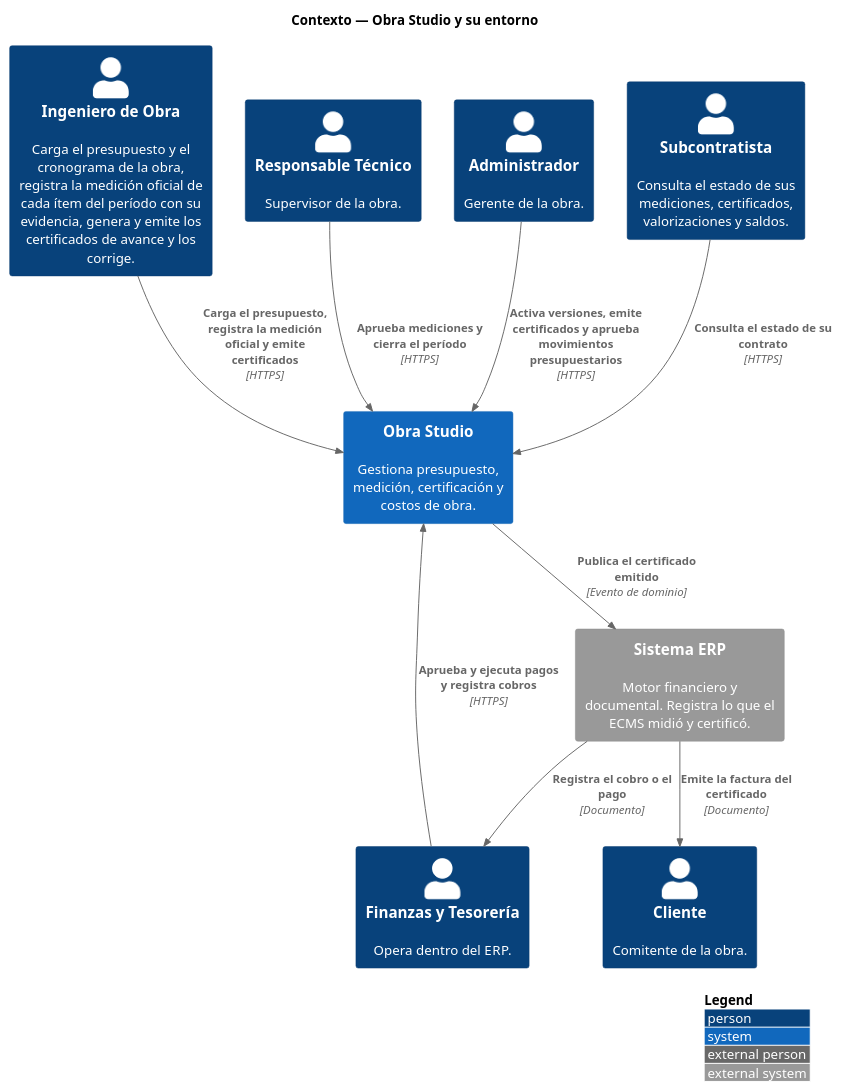
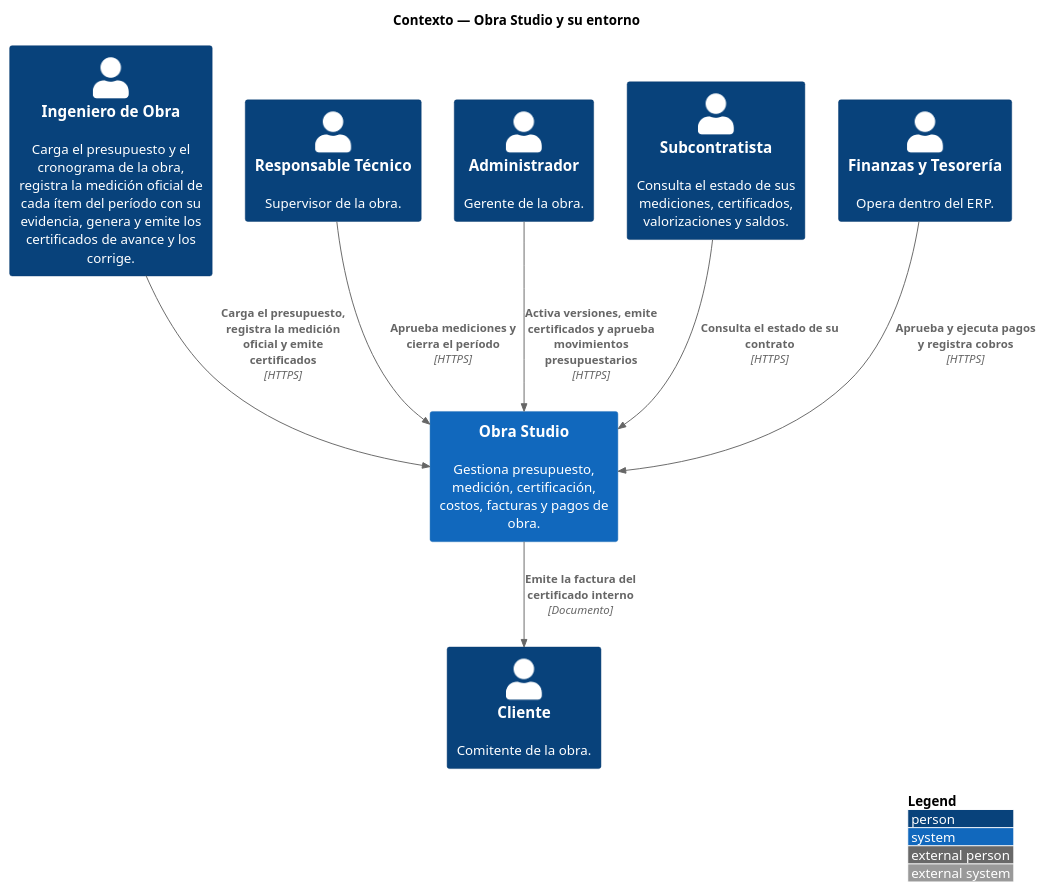
One commit to Ssrrb/TPF-teoria changed the diagram in modelo/c4/C4-Contexto.puml. Above: the diagram before and after it, drawn with PlantUML. The commit also changed 53 other files, not shown here.

First line of the commit message:
Integra los cambios posteriores del checkout principal (ERP como contenedor)

```diff
--- a/modelo/c4/C4-Contexto.puml
+++ b/modelo/c4/C4-Contexto.puml
@@ -1,24 +1,21 @@
 @startuml
 !include <C4/C4_Context>
 LAYOUT_WITH_LEGEND()
 title Contexto — Obra Studio y su entorno
 
 Person(ING, "Ingeniero de Obra", "Carga el presupuesto y el cronograma de la obra, registra la medición oficial de cada ítem del período con su evidencia, genera y emite los certificados de avance y los corrige.")
 Person(SUP, "Responsable Técnico", "Supervisor de la obra.")
 Person(ADM, "Administrador", "Gerente de la obra.")
 Person(SUB, "Subcontratista", "Consulta el estado de sus mediciones, certificados, valorizaciones y saldos.")
 Person(CLI, "Cliente", "Comitente de la obra.")
 Person(TES, "Finanzas y Tesorería", "Opera dentro del ERP.")
 
-System(obra, "Obra Studio", "Gestiona presupuesto, medición, certificación y costos de obra.")
-System_Ext(erp, "Sistema ERP", "Motor financiero y documental. Registra lo que el ECMS midió y certificó.")
+System(obra, "Obra Studio", "Gestiona presupuesto, medición, certificación, costos, facturas y pagos de obra.")
 
 Rel(ING, obra, "Carga el presupuesto, registra la medición oficial y emite certificados", "HTTPS")
 Rel(SUP, obra, "Aprueba mediciones y cierra el período", "HTTPS")
 Rel(ADM, obra, "Activa versiones, emite certificados y aprueba movimientos presupuestarios", "HTTPS")
 Rel(SUB, obra, "Consulta el estado de su contrato", "HTTPS")
 Rel(TES, obra, "Aprueba y ejecuta pagos y registra cobros", "HTTPS")
-Rel(obra, erp, "Publica el certificado emitido", "Evento de dominio")
-Rel(erp, CLI, "Emite la factura del certificado", "Documento")
-Rel(erp, TES, "Registra el cobro o el pago", "Documento")
+Rel(obra, CLI, "Emite la factura del certificado interno", "Documento")
 @enduml
```
